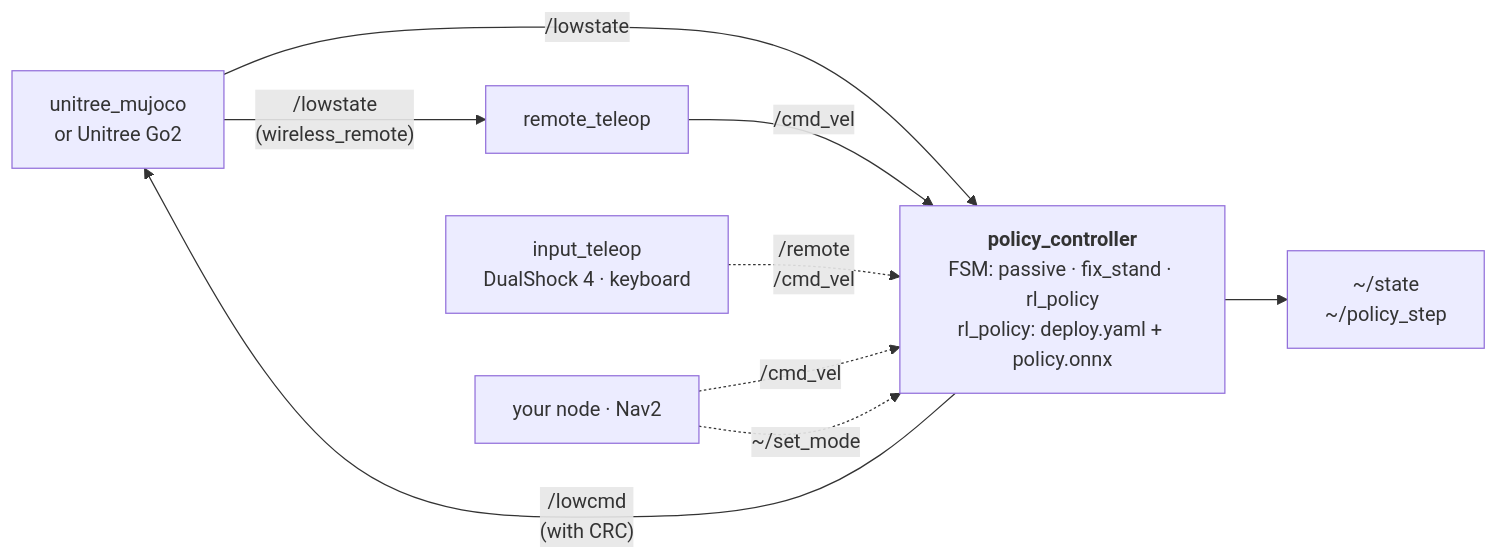
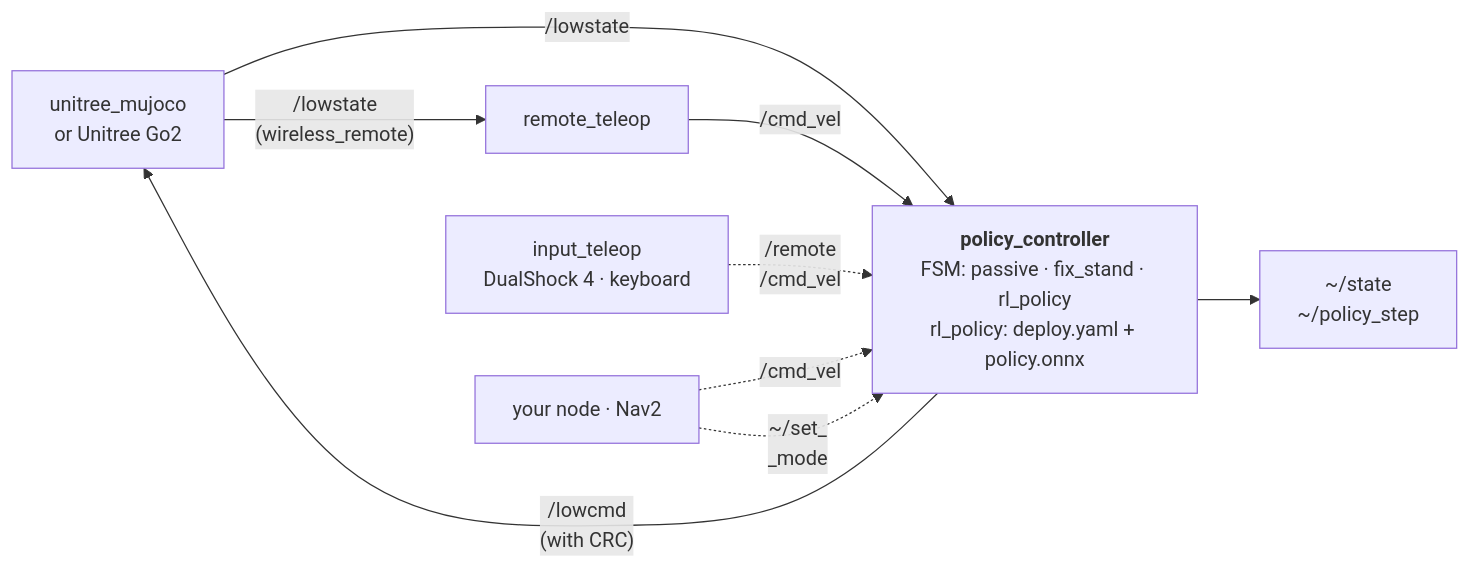
The diagram in README.md (pavelmino44/go2_policy_runner), drawn with Mermaid before and after one commit.

Commit message:
Update a README

````diff
--- a/README.md
+++ b/README.md
@@ -50,18 +50,18 @@
 ```mermaid
 flowchart LR
     robot["unitree_mujoco<br/>or Unitree Go2"]
     ctrl["<b>policy_controller</b><br/>FSM: passive · fix_stand · rl_policy<br/>rl_policy: deploy.yaml + policy.onnx"]
     teleop["remote_teleop"]
     inputs["input_teleop<br/>DualShock 4 · keyboard"]
     user["your node · Nav2"]
     out["~/state<br/>~/policy_step"]
 
     robot -- "/lowstate" --> ctrl
     ctrl -- "/lowcmd<br/>(with CRC)" --> robot
     robot -- "/lowstate<br/>(wireless_remote)" --> teleop
     teleop -- "/cmd_vel" --> ctrl
     inputs -. "/remote<br/>/cmd_vel" .-> ctrl
     user -. "/cmd_vel" .-> ctrl
-    user -. "~/set_mode" .-> ctrl
+    user -. "~/set_<br/>_mode" .-> ctrl
     ctrl --> out
 ```
````
